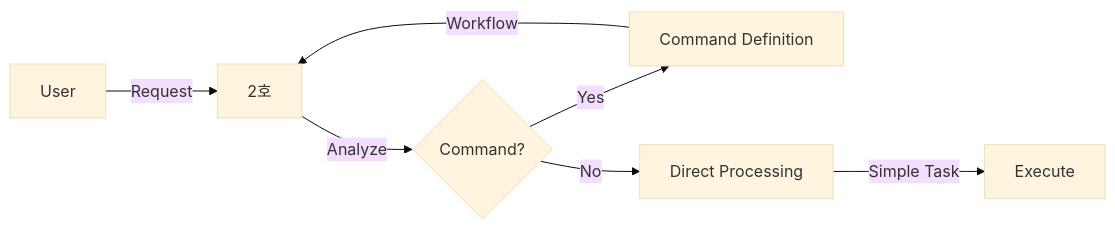
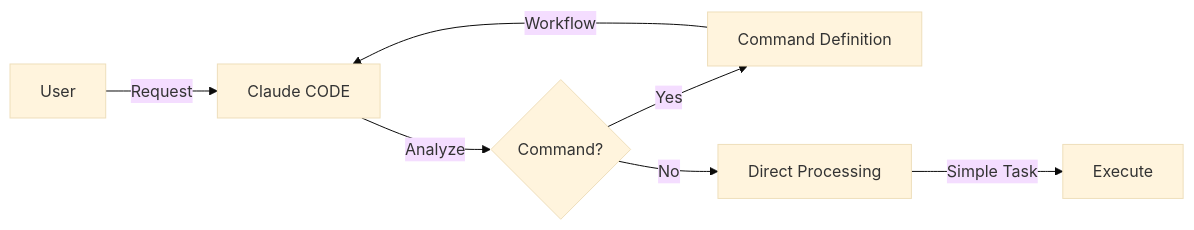
The first of 3 diagrams in docs/SPARK_INTEGRATED_ARCHITECTURE.md (Jaesun23/spark-claude), drawn with Mermaid (base theme) before and after one commit. The commit also changed other lines of this file and 6 other files, not shown here.

````diff
--- a/docs/SPARK_INTEGRATED_ARCHITECTURE.md
+++ b/docs/SPARK_INTEGRATED_ARCHITECTURE.md
@@ -50,9 +50,9 @@
 ```mermaid
 graph LR
-    U[User] -->|Request| O[2호]
+    U[User] -->|Request| O[Claude CODE]
     O -->|Analyze| C{Command?}
     C -->|Yes| CMD[Command Definition]
     C -->|No| D[Direct Processing]
     CMD -->|Workflow| O
     D -->|Simple Task| E[Execute]
 ```
````
